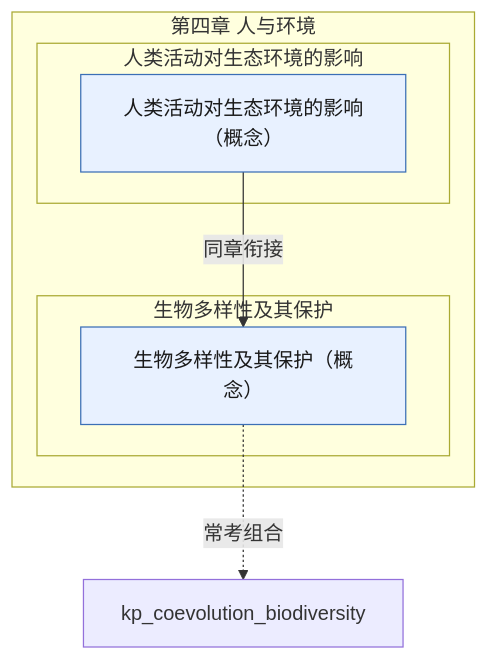
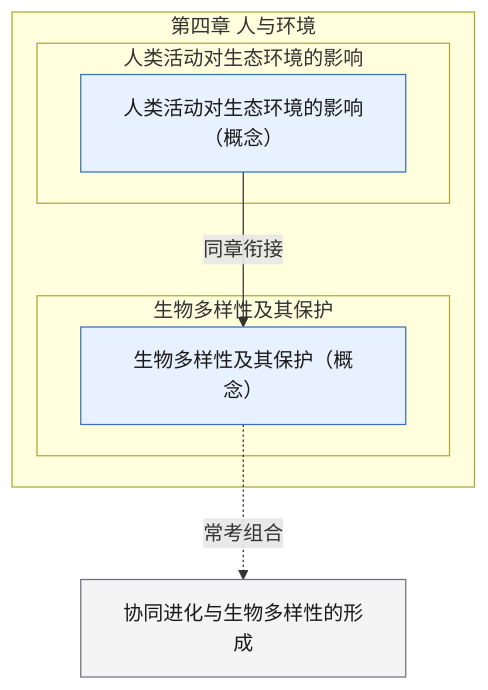
One commit to lihenair/high-school-ai-tutor-skill changed the diagram in skills/high-school-ai-tutor/references/pep-bio-xbx2-ch4.md. Above: the diagram before and after it, drawn with Mermaid. The commit also changed 20 other files, not shown here.

Commit message:
feat(graph): 跨章常考组合渲染为中文显示名（灰色外部节点），不再显示英文代号

````diff
--- a/skills/high-school-ai-tutor/references/pep-bio-xbx2-ch4.md
+++ b/skills/high-school-ai-tutor/references/pep-bio-xbx2-ch4.md
@@ -5,17 +5,17 @@
 ```mermaid
 flowchart TD
   classDef concept fill:#E8F1FF,stroke:#3B6FB6,color:#1A1A1A
   classDef skill fill:#E7F6EE,stroke:#2E7D4F,color:#1A1A1A
   classDef experiment fill:#FFF4E5,stroke:#C47B17,color:#1A1A1A
   classDef later fill:#F4F4F5,stroke:#71717A,color:#1A1A1A
   subgraph ch["第四章 人与环境"]
     subgraph s1["人类活动对生态环境的影响"]
       kp_human_impact["人类活动对生态环境的影响（概念）"]:::concept
     end
     subgraph s2["生物多样性及其保护"]
       kp_biodiversity_protection["生物多样性及其保护（概念）"]:::concept
     end
   end
   kp_human_impact -->|同章衔接| kp_biodiversity_protection
-  kp_biodiversity_protection -.->|常考组合| kp_coevolution_biodiversity
+  kp_biodiversity_protection -.->|常考组合| kp_coevolution_biodiversity["协同进化与生物多样性的形成"]:::later
 ```
````
